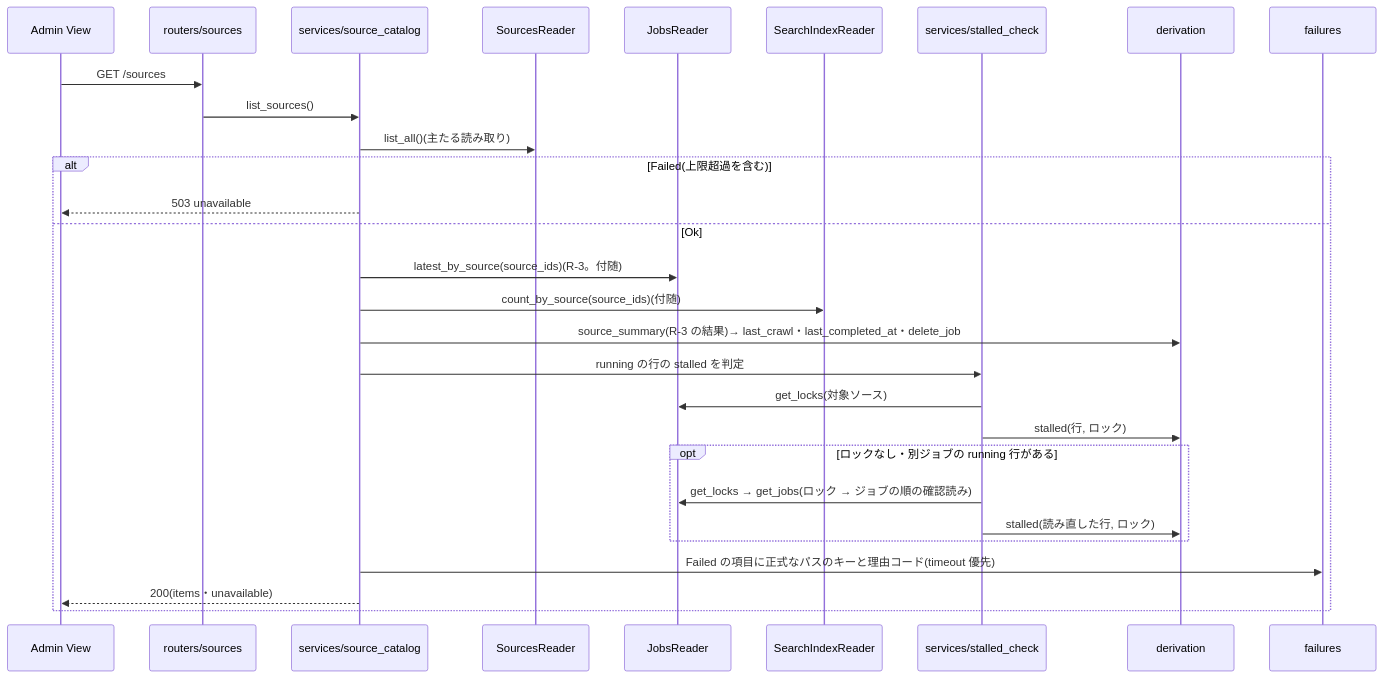
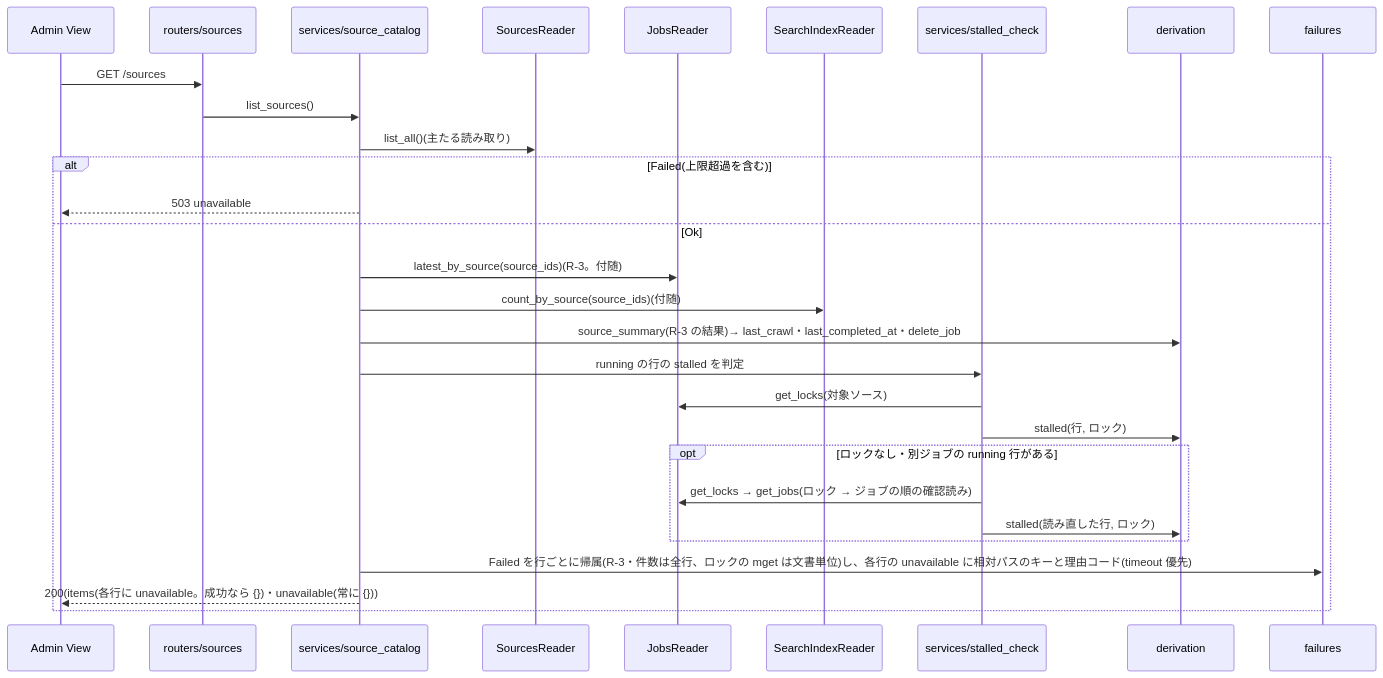
Before and after one commit to yfujita/loreley: the ninth of 10 diagrams in docs/v0.x/system-design/api/admin/admin-api-module-structure-v0.1.md, drawn with Mermaid. The commit also changed other lines of this file and 9 other files, not shown here.

````diff
--- a/docs/v0.x/system-design/api/admin/admin-api-module-structure-v0.1.md
+++ b/docs/v0.x/system-design/api/admin/admin-api-module-structure-v0.1.md
@@ -614,32 +614,32 @@
 ```mermaid
 sequenceDiagram
     participant UI as Admin View
     participant router as routers/sources
     participant svc as services/source_catalog
     participant src as SourcesReader
     participant jobs as JobsReader
     participant idx as SearchIndexReader
     participant chk as services/stalled_check
     participant d as derivation
     participant f as failures
 
     UI->>router: GET /sources
     router->>svc: list_sources()
     svc->>src: list_all()(主たる読み取り)
     alt Failed(上限超過を含む)
         svc-->>UI: 503 unavailable
     else Ok
         svc->>jobs: latest_by_source(source_ids)(R-3。付随)
         svc->>idx: count_by_source(source_ids)(付随)
         svc->>d: source_summary(R-3 の結果)→ last_crawl・last_completed_at・delete_job
         svc->>chk: running の行の stalled を判定
         chk->>jobs: get_locks(対象ソース)
         chk->>d: stalled(行, ロック)
         opt ロックなし・別ジョブの running 行がある
             chk->>jobs: get_locks → get_jobs(ロック → ジョブの順の確認読み)
             chk->>d: stalled(読み直した行, ロック)
         end
-        svc->>f: Failed の項目に正式なパスのキーと理由コード(timeout 優先)
-        svc-->>UI: 200(items・unavailable)
+        svc->>f: Failed を行ごとに帰属(R-3・件数は全行、ロックの mget は文書単位)し、各行の unavailable に相対パスのキーと理由コード(timeout 優先)
+        svc-->>UI: 200(items(各行に unavailable。成功なら {})・unavailable(常に {}))
     end
 ```
````
